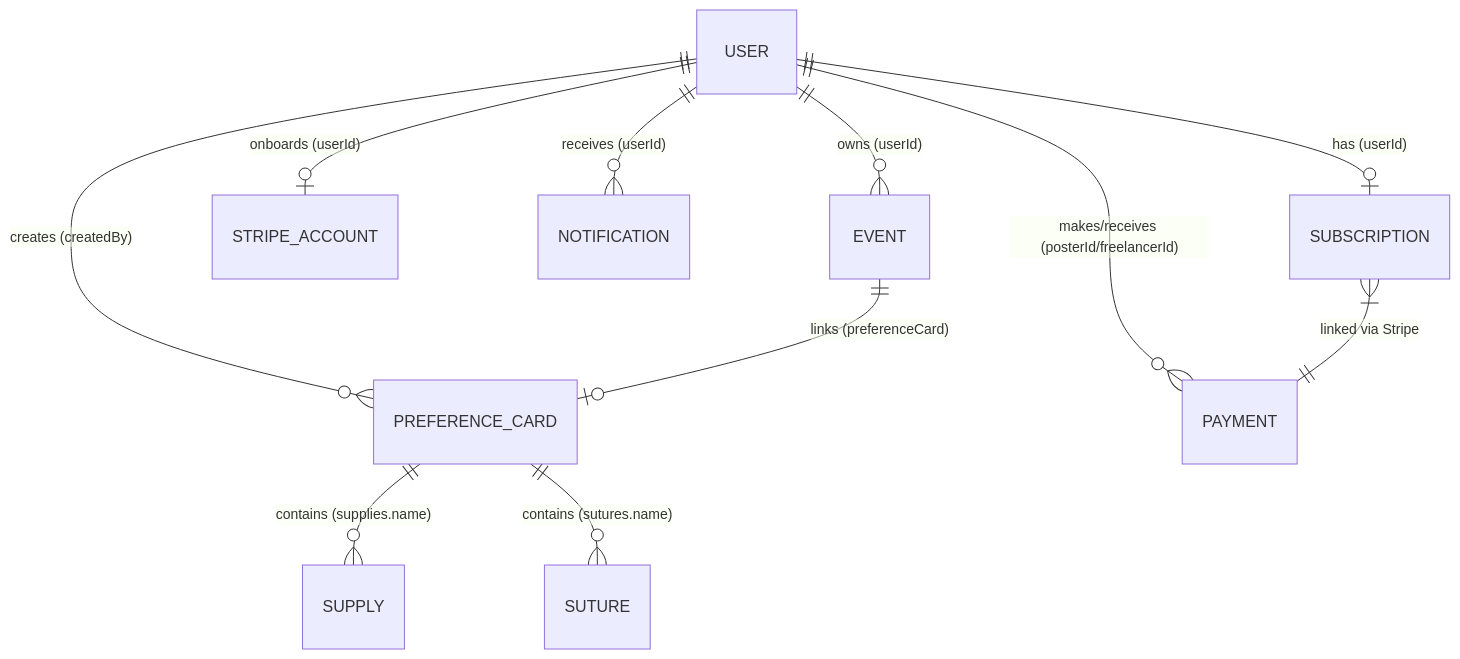
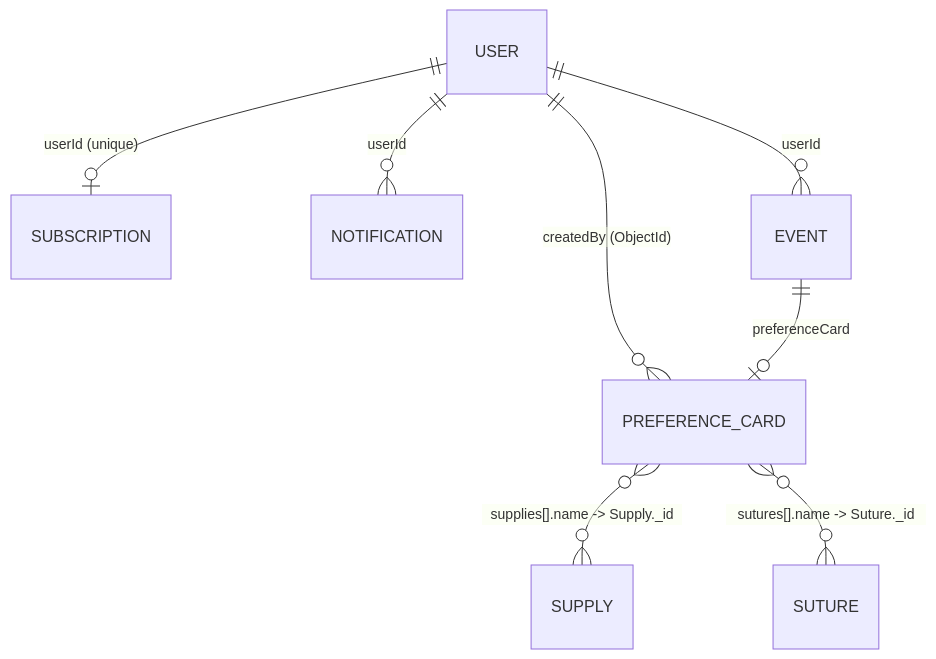
Before and after one commit to KhaledAhmed2004/tbsosick: the diagram in ux-flow-with-api-responses/database-design.md, drawn with Mermaid. The commit also changed other lines of this file and 2 other files, not shown here.

````diff
--- a/ux-flow-with-api-responses/database-design.md
+++ b/ux-flow-with-api-responses/database-design.md
@@ -22,15 +23,11 @@
 ```mermaid
 erDiagram
-    USER ||--o{ PREFERENCE_CARD : "creates (createdBy)"
-    USER ||--o| SUBSCRIPTION : "has (userId)"
-    USER ||--o{ PAYMENT : "makes/receives (posterId/freelancerId)"
-    USER ||--o| STRIPE_ACCOUNT : "onboards (userId)"
-    USER ||--o{ NOTIFICATION : "receives (userId)"
-    USER ||--o{ EVENT : "owns (userId)"
+    USER ||--o{ PREFERENCE_CARD : "createdBy (ObjectId)"
+    USER ||--o| SUBSCRIPTION : "userId (unique)"
+    USER ||--o{ NOTIFICATION : "userId"
+    USER ||--o{ EVENT : "userId"
 
-    PREFERENCE_CARD ||--o{ SUPPLY : "contains (supplies.name)"
-    PREFERENCE_CARD ||--o{ SUTURE : "contains (sutures.name)"
-    EVENT ||--o| PREFERENCE_CARD : "links (preferenceCard)"
-    
-    SUBSCRIPTION }|--|| PAYMENT : "linked via Stripe"
+    PREFERENCE_CARD }o--o{ SUPPLY : "supplies[].name -> Supply._id"
+    PREFERENCE_CARD }o--o{ SUTURE : "sutures[].name -> Suture._id"
+    EVENT ||--o| PREFERENCE_CARD : "preferenceCard"
 ```
````
